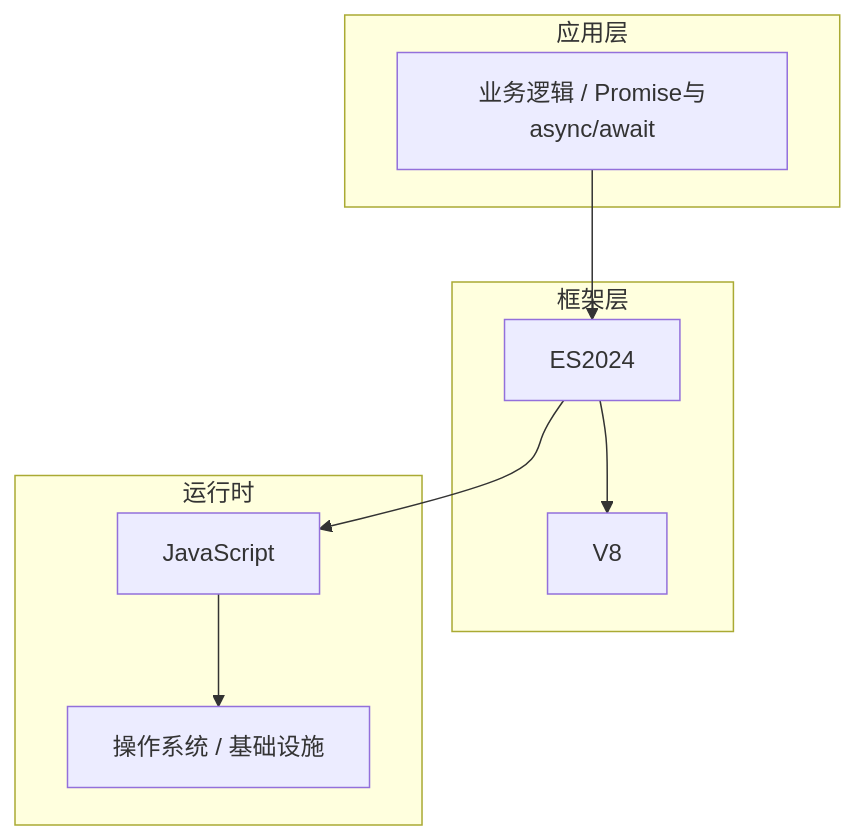
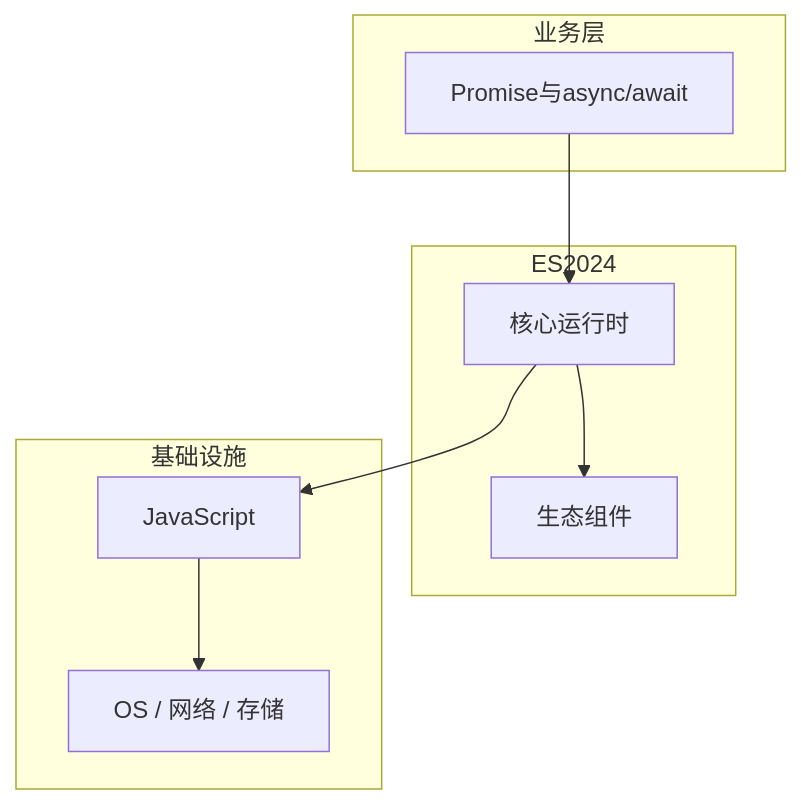
One commit to yanggan2015/knowledge-json-v2 changed the diagram in articles/JavaScript核心/chapters/133-Promise与asyncawait核心概念与原理.md. Above: the diagram before and after it, drawn with Mermaid. The commit also changed other lines of this file and 10127 other files, not shown here.

````diff
--- a/articles/JavaScript核心/chapters/133-Promise与asyncawait核心概念与原理.md
+++ b/articles/JavaScript核心/chapters/133-Promise与asyncawait核心概念与原理.md
@@ -45,18 +34,18 @@
 ```mermaid
 graph TB
-    subgraph 应用层
-        A[业务逻辑 / Promise与async/await]
+    subgraph 业务层
+        A[Promise与async/await]
     end
-    subgraph 框架层
-        B[ES2024]
-        C[V8]
+    subgraph ES2024
+        B[核心运行时]
+        C[生态组件]
     end
-    subgraph 运行时
+    subgraph 基础设施
         D[JavaScript]
-        E[操作系统 / 基础设施]
+        E[OS / 网络 / 存储]
     end
     A --> B
     B --> C
     B --> D
     D --> E
 ```
````
